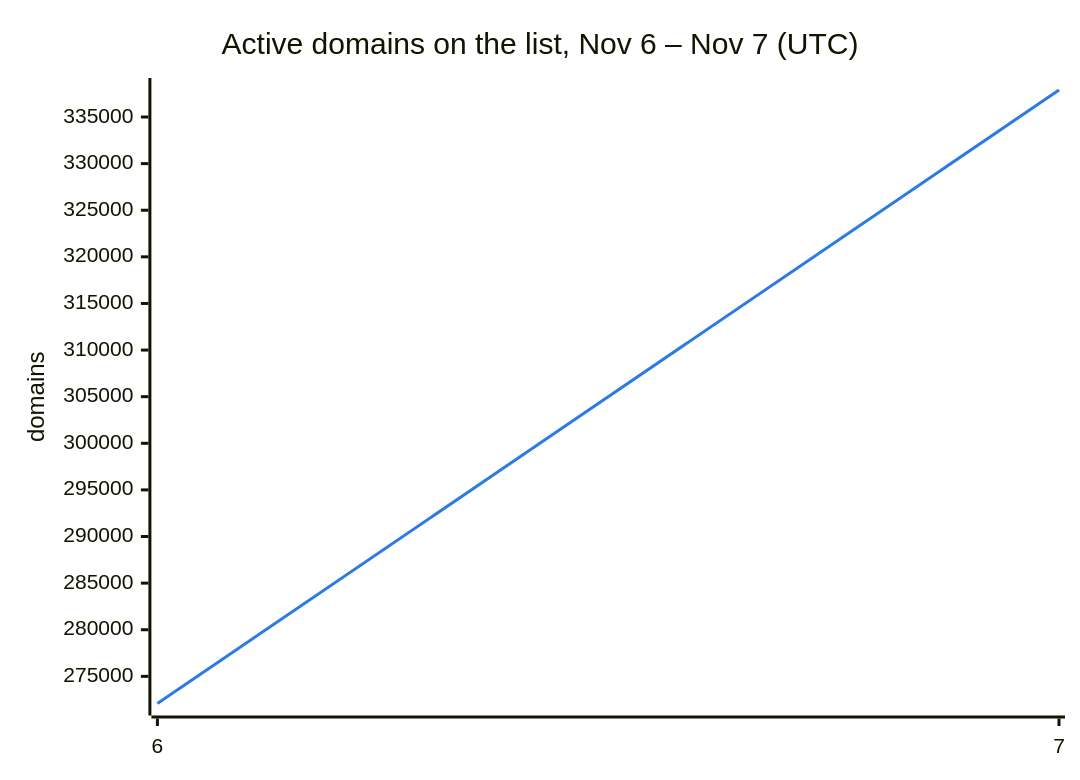
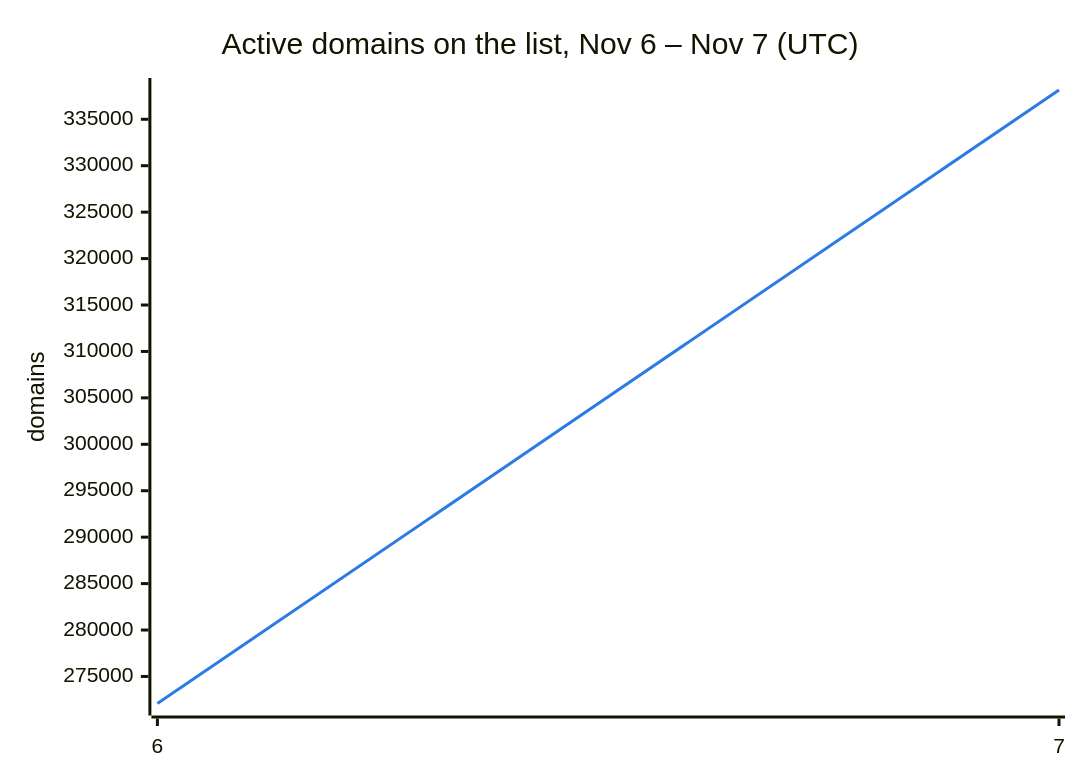
The second of 3 diagrams in README.md (DNSBunker/CTI), drawn with Mermaid before and after one commit. The commit also changed other lines of this file and 3 other files, not shown here.

````diff
--- a/README.md
+++ b/README.md
@@ -38,8 +38,8 @@
 ```mermaid
 %%{init: {"themeVariables": {"xyChart": {"plotColorPalette": "#2c7be5"}}}}%%
 xychart-beta
     title "Active domains on the list, Nov 6 – Nov 7 (UTC)"
     x-axis ["6", "7"]
     y-axis "domains"
-    line [272088, 337896]
+    line [272088, 338153]
 ```
````
